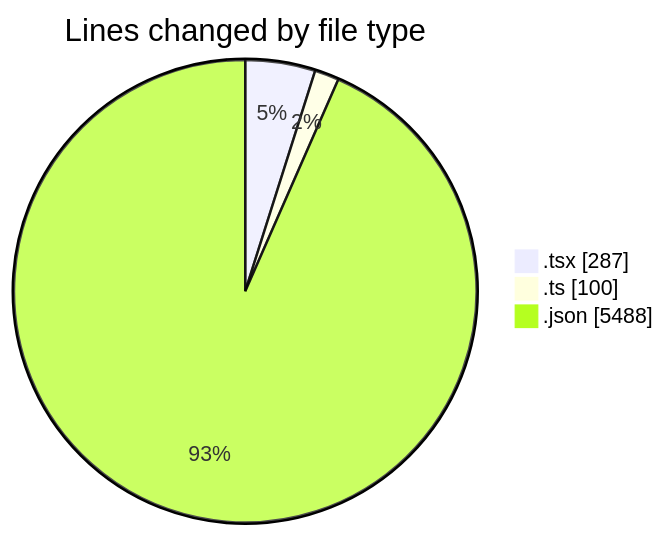
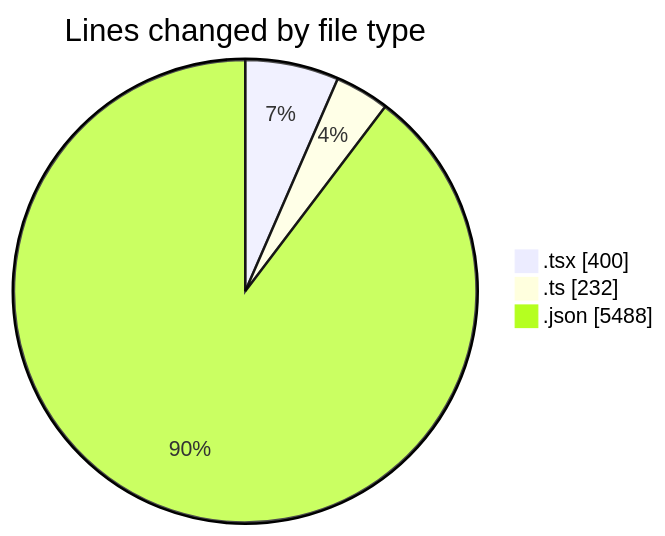
Before and after one commit to nxtqubesakshisongat/code-tracking: the first of 2 diagrams in 2026-04-12/airfeed-analytics-dashboard/README.md, drawn with Mermaid. The commit also changed other lines of this file and 1 other file, not shown here.

````diff
--- a/2026-04-12/airfeed-analytics-dashboard/README.md
+++ b/2026-04-12/airfeed-analytics-dashboard/README.md
@@ -25,7 +27,7 @@
 ```mermaid
 pie showData
 title Lines changed by file type
-".tsx" : 287
-".ts" : 100
+".tsx" : 400
+".ts" : 232
 ".json" : 5488
 ```
````
